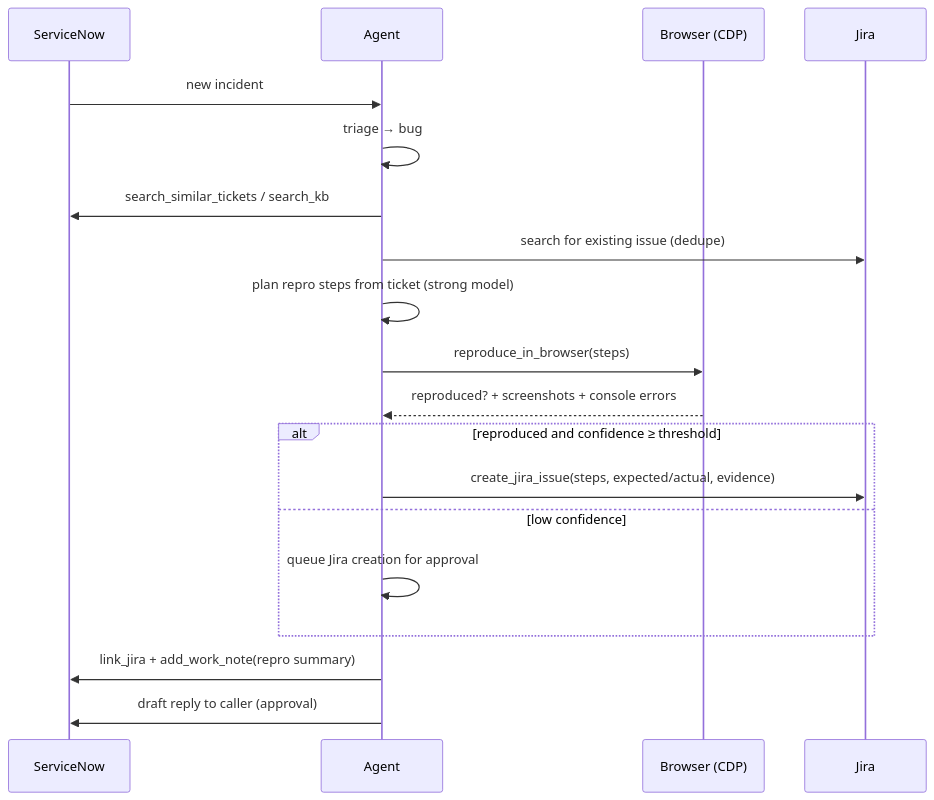
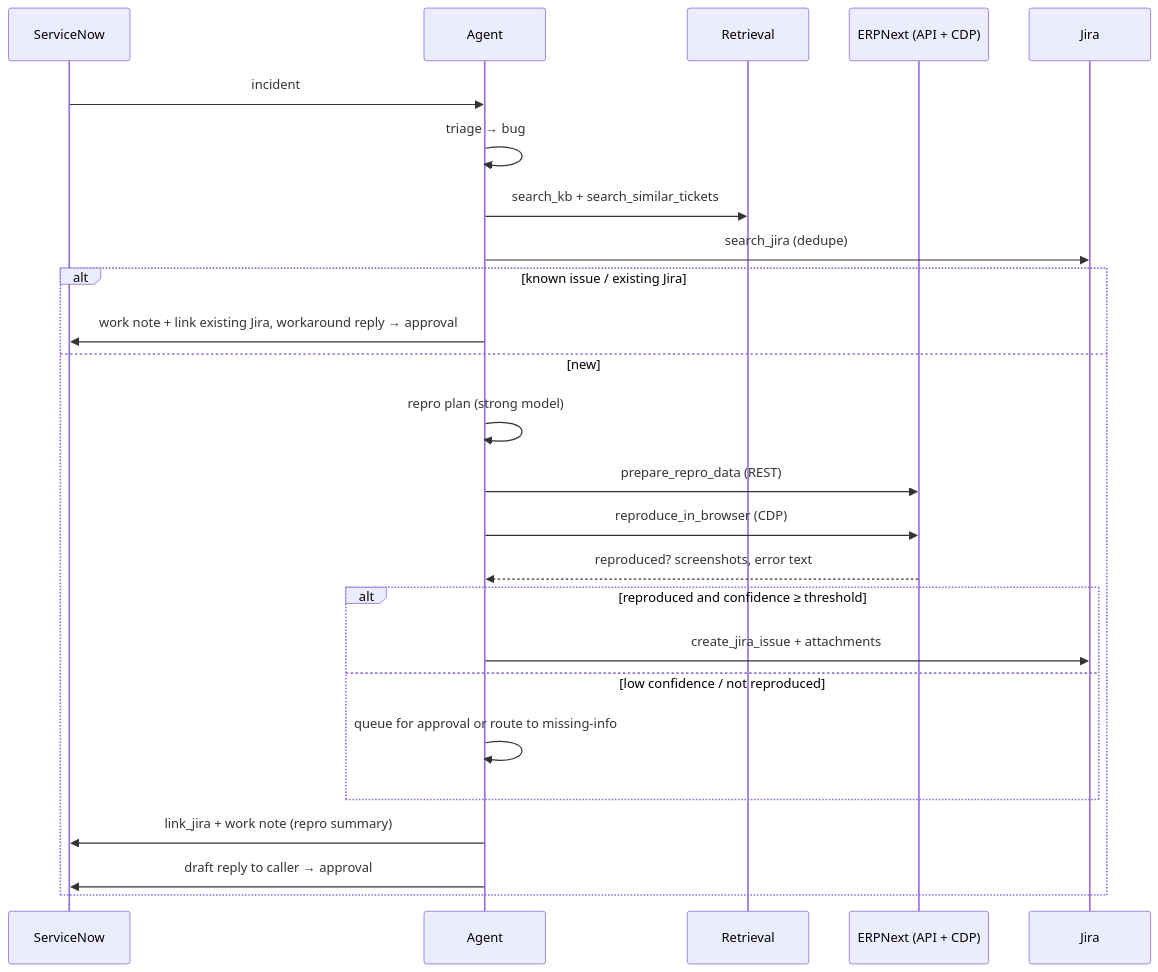
Before and after one commit to juliavasan/support-agent: the fourth of 5 diagrams in docs/ARCHITECTURE.md, drawn with Mermaid. The commit also changed other lines of this file and 5 other files, not shown here.

First line of the commit message:
Document architecture: ERPNext demo system, retrieval, Jira, identities

````diff
--- a/docs/ARCHITECTURE.md
+++ b/docs/ARCHITECTURE.md
@@ -122,21 +231,27 @@
 ```mermaid
 sequenceDiagram
     participant SN as ServiceNow
     participant A as Agent
-    participant B as Browser (CDP)
+    participant R as Retrieval
+    participant E as ERPNext (API + CDP)
     participant J as Jira
-    SN->>A: new incident
+    SN->>A: incident
     A->>A: triage → bug
-    A->>SN: search_similar_tickets / search_kb
-    A->>J: search for existing issue (dedupe)
-    A->>A: plan repro steps from ticket (strong model)
-    A->>B: reproduce_in_browser(steps)
-    B-->>A: reproduced? + screenshots + console errors
-    alt reproduced and confidence ≥ threshold
-        A->>J: create_jira_issue(steps, expected/actual, evidence)
-    else low confidence
-        A->>A: queue Jira creation for approval
+    A->>R: search_kb + search_similar_tickets
+    A->>J: search_jira (dedupe)
+    alt known issue / existing Jira
+        A->>SN: work note + link existing Jira, workaround reply → approval
+    else new
+        A->>A: repro plan (strong model)
+        A->>E: prepare_repro_data (REST)
+        A->>E: reproduce_in_browser (CDP)
+        E-->>A: reproduced? screenshots, error text
+        alt reproduced and confidence ≥ threshold
+            A->>J: create_jira_issue + attachments
+        else low confidence / not reproduced
+            A->>A: queue for approval or route to missing-info
+        end
+        A->>SN: link_jira + work note (repro summary)
+        A->>SN: draft reply to caller → approval
     end
-    A->>SN: link_jira + add_work_note(repro summary)
-    A->>SN: draft reply to caller (approval)
 ```
````
